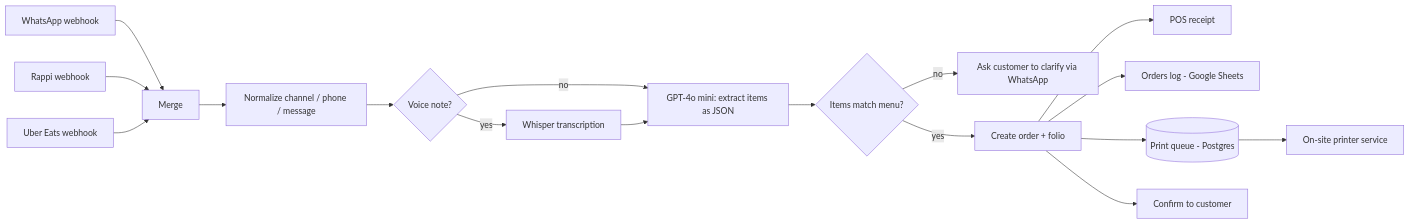
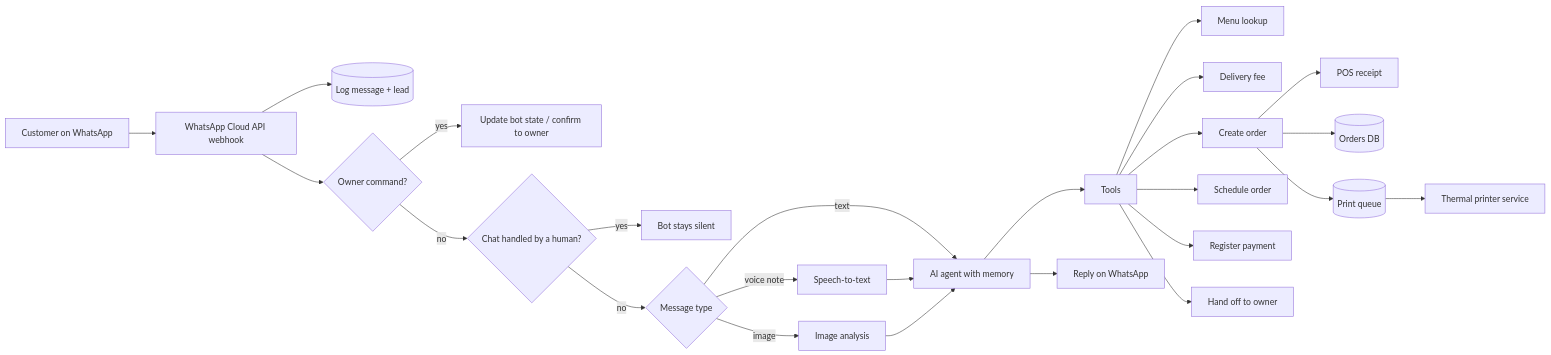
One commit to JuFaiQamus/automation-portfolio changed the diagram in case-studies/restaurant-order-automation.md. Above: the diagram before and after it, drawn with Mermaid. The commit also changed other lines of this file and 17 other files, not shown here.

````diff
--- a/case-studies/restaurant-order-automation.md
+++ b/case-studies/restaurant-order-automation.md
@@ -17,19 +19,27 @@
 ```mermaid
 flowchart LR
-  WA[WhatsApp webhook] --> M[Merge]
-  RP[Rappi webhook] --> M
-  UB[Uber Eats webhook] --> M
-  M --> N[Normalize channel / phone / message]
-  N --> A{Voice note?}
-  A -- yes --> W[Whisper transcription]
-  A -- no --> G
-  W --> G[GPT-4o mini: extract items as JSON]
-  G --> V{Items match menu?}
-  V -- no --> C[Ask customer to clarify via WhatsApp]
-  V -- yes --> O[Create order + folio]
-  O --> POS[POS receipt]
-  O --> S[Orders log - Google Sheets]
-  O --> Q[(Print queue - Postgres)]
-  O --> CC[Confirm to customer]
-  Q --> P[On-site printer service]
+  C[Customer on WhatsApp] --> T[WhatsApp Cloud API webhook]
+  T --> L[(Log message + lead)]
+  T --> K{Owner command?}
+  K -- yes --> CMD[Update bot state / confirm to owner]
+  K -- no --> H{Chat handled by a human?}
+  H -- yes --> X[Bot stays silent]
+  H -- no --> MT{Message type}
+  MT -- voice note --> ST[Speech-to-text]
+  MT -- image --> VI[Image analysis]
+  MT -- text --> AG
+  ST --> AG[AI agent with memory]
+  VI --> AG
+  AG --> TL[Tools]
+  TL --> M1[Menu lookup]
+  TL --> M2[Delivery fee]
+  TL --> M3[Create order]
+  TL --> M4[Schedule order]
+  TL --> M5[Register payment]
+  TL --> M6[Hand off to owner]
+  M3 --> POS[POS receipt]
+  M3 --> DB[(Orders DB)]
+  M3 --> Q[(Print queue)]
+  Q --> P[Thermal printer service]
+  AG --> R[Reply on WhatsApp]
 ```
````
